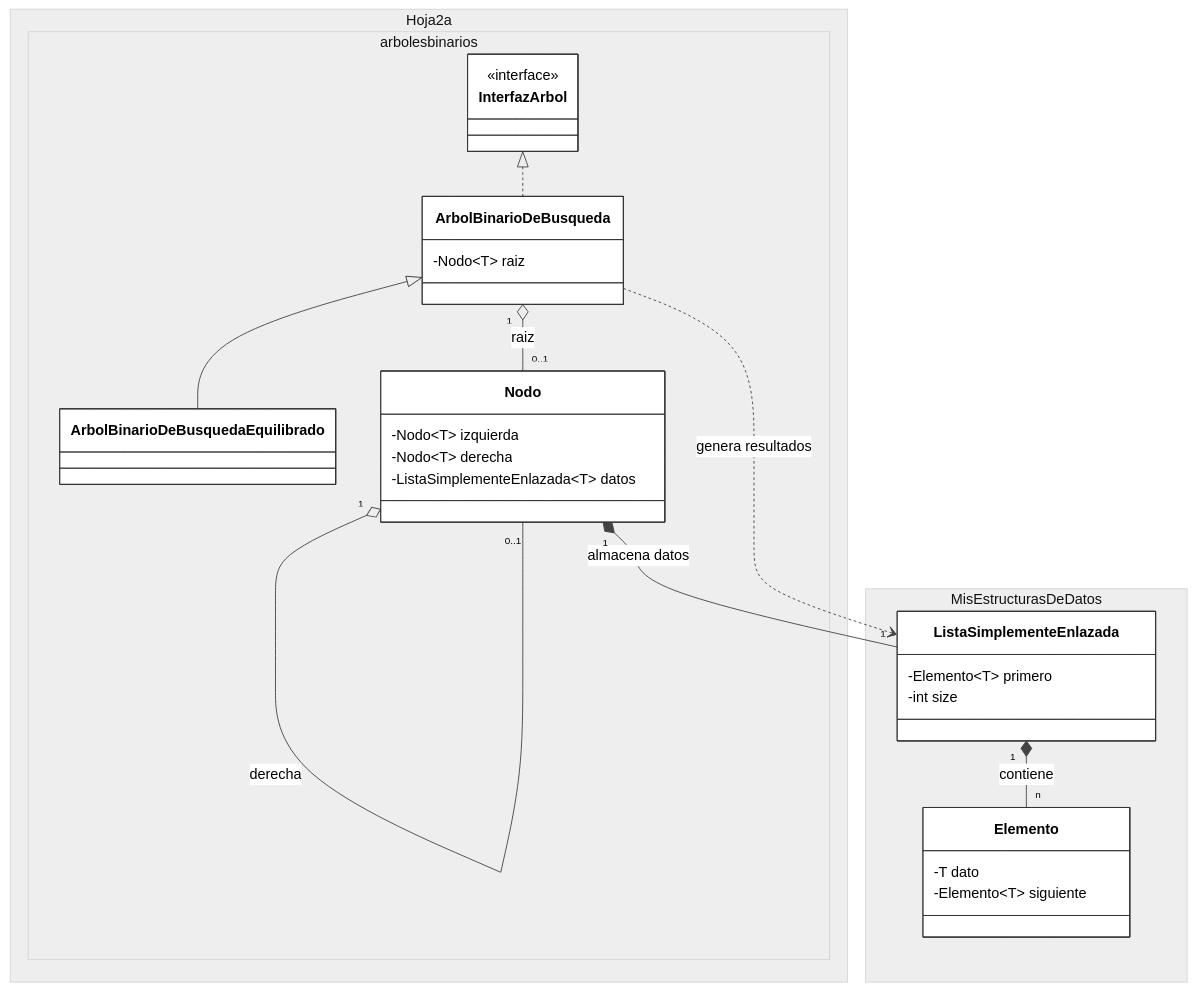
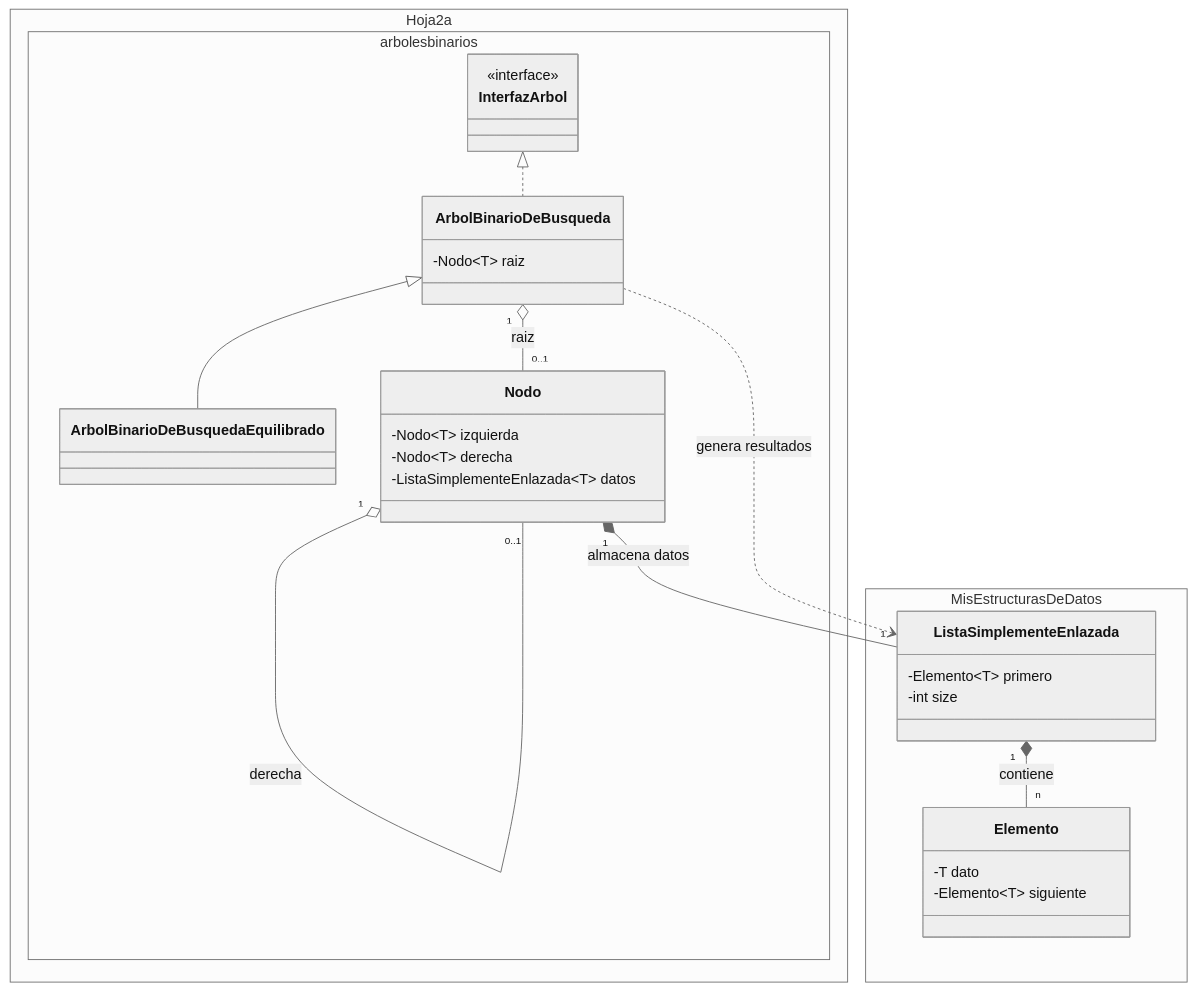
One commit to Marinakis14/Estructuras-De-Datos-Practica2 changed the first of 2 diagrams in README.md. Above: the diagram before and after it, drawn with Mermaid. The commit also changed other lines of this file, not shown here.

Commit message:
Otro ligero cambio al diagrama del README.md

````diff
--- a/README.md
+++ b/README.md
@@ -20,53 +20,53 @@
 ```mermaid
-%%{init: {'theme': 'base', 'themeVariables': {'background': '#ffffff', 'primaryColor': '#ffffff', 'primaryBorderColor': '#333', 'primaryTextColor': '#000', 'lineColor': '#444', 'edgeLabelBackground':'transparent', 'tertiaryColor': '#eeeeee'}}}%%
+%%{init: {'theme': 'neutral'}}%%
 classDiagram
 direction TB
 
     %% ARBOL
 
     %% Jerarquía de Clases
     InterfazArbol <|.. ArbolBinarioDeBusqueda
     ArbolBinarioDeBusqueda <|-- ArbolBinarioDeBusquedaEquilibrado
 
     namespace Hoja2a.arbolesbinarios {
         class InterfazArbol {
             <<interface>>
         }
     
         class ArbolBinarioDeBusqueda {
             -Nodo~T~ raiz
         }
     
         class ArbolBinarioDeBusquedaEquilibrado {
             %% Clase especializada en balanceo (AVL/Red-Black)
         }
     
         class Nodo {
             -Nodo~T~ izquierda
             -Nodo~T~ derecha
             -ListaSimplementeEnlazada~T~ datos
         }
     }
 
     namespace MisEstructurasDeDatos {
         class ListaSimplementeEnlazada {
             -Elemento~T~ primero
             -int size
         }
     
         class Elemento {
             -T dato
             -Elemento~T~ siguiente
         }
     }
 
     %% Relaciones Estructurales
     ArbolBinarioDeBusqueda "1" o-- "0..1" Nodo : raiz
     Nodo "1" o-- "0..1" Nodo : izquierda
     Nodo "1" o-- "0..1" Nodo : derecha
     Nodo "1" *-- "1" ListaSimplementeEnlazada : almacena datos
     
     %% Relaciones de Dependencia (para dar robustez al diagrama)
     ArbolBinarioDeBusqueda ..> ListaSimplementeEnlazada : genera resultados
     ListaSimplementeEnlazada "1" *-- "n" Elemento : contiene
 ```
````
